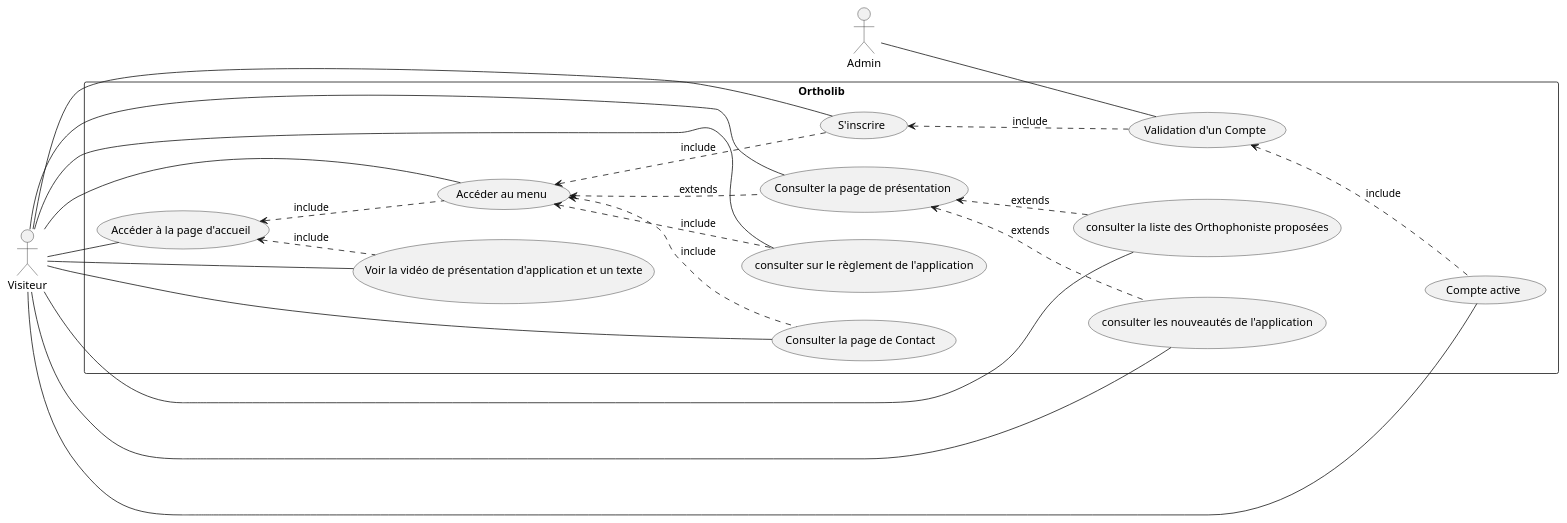
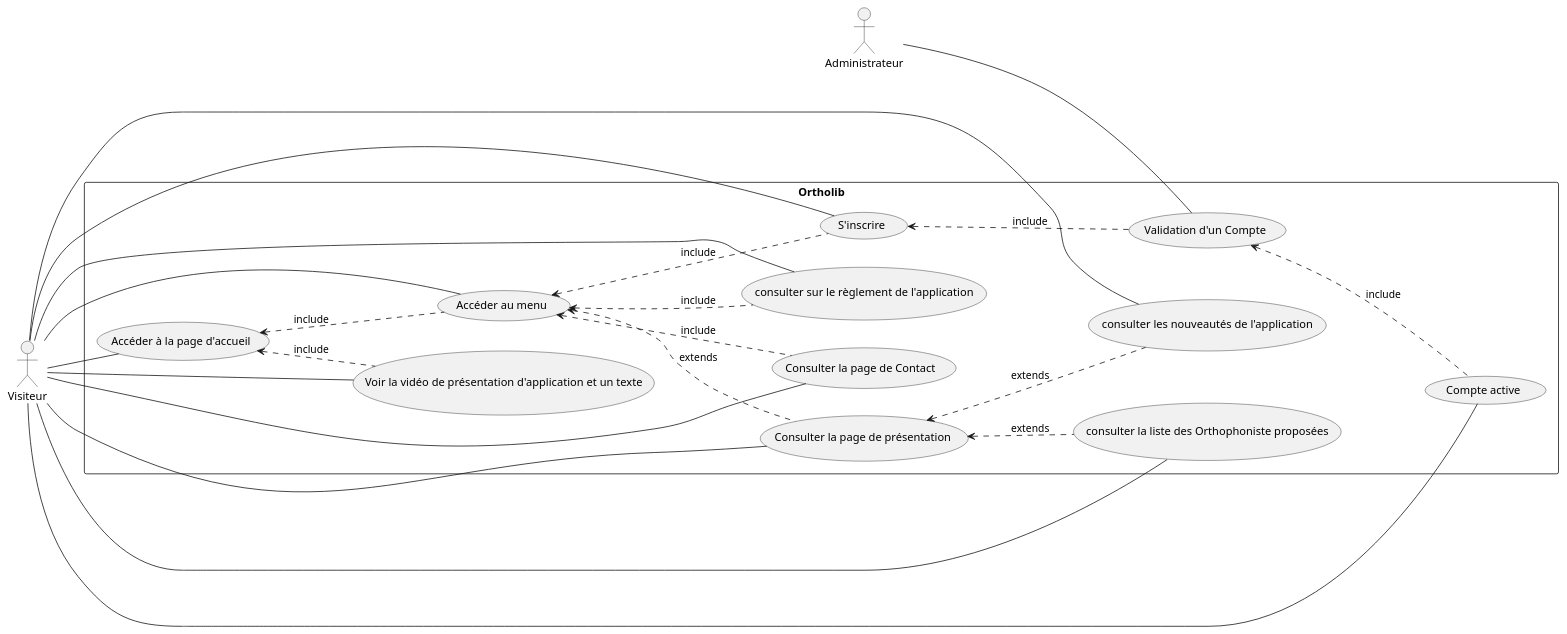
One commit to elamranibilel/Ortholib changed the diagram in analyse/UML/Fonctionnel/visiteur.wsd. Above: the diagram before and after it, drawn with PlantUML. The commit also changed 1 other file, not shown here.

```diff
--- a/analyse/UML/Fonctionnel/visiteur.wsd
+++ b/analyse/UML/Fonctionnel/visiteur.wsd
@@ -1,49 +1,51 @@
 @startuml Application_visiteur
 
 left to right direction
+
+actor Administrateur as Admin
 actor Visiteur
 
 rectangle Ortholib {
     usecase (Accéder à la page d'accueil) as accueil 
     usecase (Voir la vidéo de présentation d'application et un texte) as VideoPresentation
     usecase (Accéder au menu) as menu
     usecase (Consulter la page de Contact ) as contact
     usecase (Consulter la page de présentation ) as Presentation
     usecase (consulter la liste des Orthophoniste proposées) as ListeOrthophonistes
     usecase (consulter sur le règlement de l'application) as ReglementApplication
     usecase (consulter les nouveautés de l'application) as NouveautesApplication
 /'  usecase (Envoyer une des questions au formulaire de Contact ) as questionContact '/    
     usecase (S'inscrire) as inscription
     /' usecase (Recevoir un email de confirmation ) as emailConfirmation
     usecase (Saisir le code de confirmation) as codeConfirmation '/
     usecase (Validation d'un Compte) as Valider
     usecase (Compte active) as CompteActive
 }
 
 /' ACTOR -- USECASE'/
 Visiteur -- accueil
 Visiteur -- VideoPresentation
 Visiteur -- menu
 Visiteur -- Presentation
 Visiteur -- ListeOrthophonistes
 Visiteur -- ReglementApplication
 Visiteur -- NouveautesApplication
 Visiteur -- contact
 Visiteur -- inscription
 Admin -- Valider
 Visiteur -- CompteActive
 
 
 /' USECASE -- USECASE '/
 accueil <.. VideoPresentation : include
 accueil <.. menu : include
 menu <.. Presentation : extends
 menu <.. ReglementApplication : include
 Presentation <.. ListeOrthophonistes : extends
 Presentation <.. NouveautesApplication : extends
 menu <.. contact : include
 menu <.. inscription : include
 inscription <.. Valider : include
 Valider <.. CompteActive : include
 
 @enduml
```
